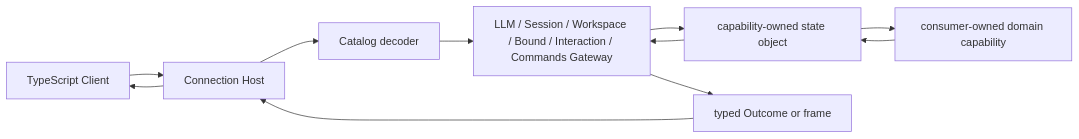
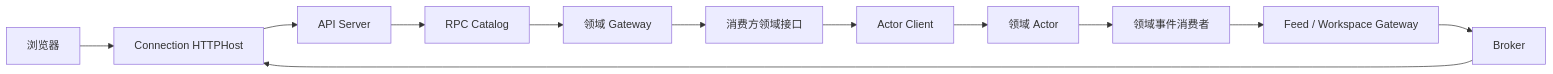
One commit to gorenx/goren changed the diagram in apiproxy/README.zh-CN.md. Above: the diagram before and after it, drawn with Mermaid. The commit also changed other lines of this file and 4 other files, not shown here.

Commit message:
docs(actor): document API server composition and migration limits

````diff
--- a/apiproxy/README.zh-CN.md
+++ b/apiproxy/README.zh-CN.md
@@ -22,13 +21,14 @@
 ```mermaid
 flowchart LR
-    A[TypeScript Client] --> B[Connection Host]
-    B --> C[Catalog decoder]
-    C --> D[LLM / Session / Workspace / Bound / Interaction / Commands Gateway]
-    D --> E[capability-owned state object]
-    E --> G[consumer-owned domain capability]
-    G --> E
-    E --> D
-    D --> F[typed Outcome or frame]
-    F --> B
-    B --> A
+ C[浏览器] --> H[Connection HTTPHost]
+ H --> S[API Server]
+ S --> R[RPC Catalog]
+ R --> G[领域 Gateway]
+ G --> I[消费方领域接口]
+ I --> A[Actor Client]
+ A --> O[领域 Actor]
+ O --> E[领域事件消费者]
+ E --> F[Feed / Workspace Gateway]
+ F --> B[Broker]
+ B --> H
 ```
````
